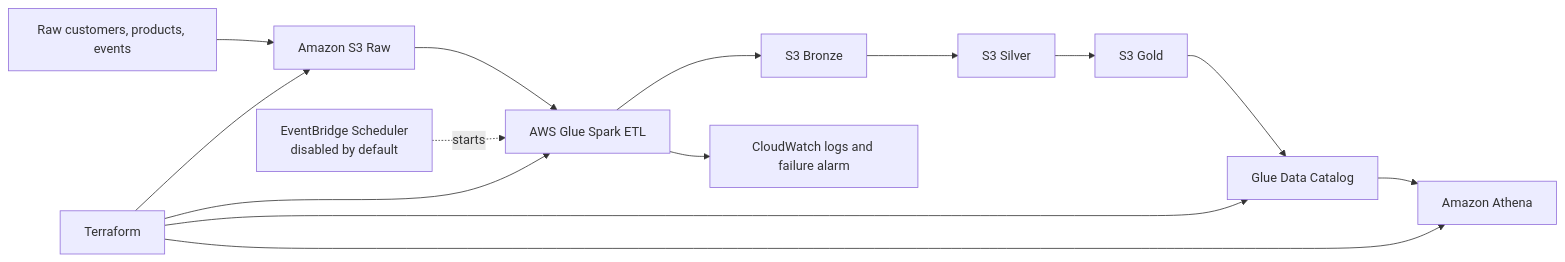
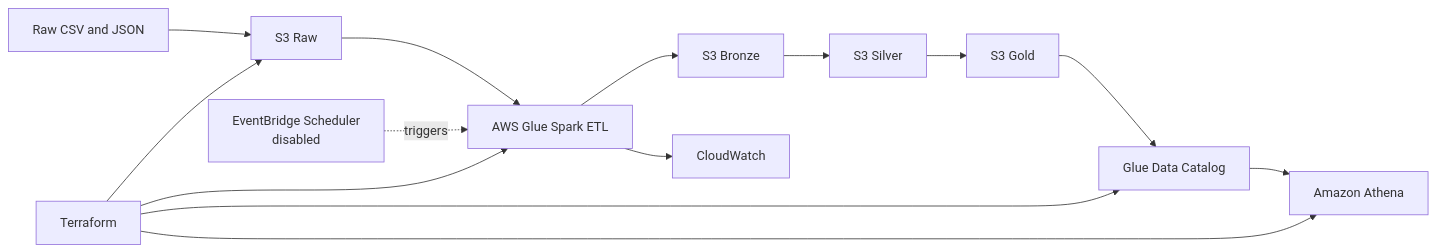
One commit to Fadtamimi/real-time-ecommerce-platform changed the diagram in README.md. Above: the diagram before and after it, drawn with Mermaid. The commit also changed other lines of this file and 9 other files, not shown here.

````diff
--- a/README.md
+++ b/README.md
@@ -20,16 +11,16 @@
 ```mermaid
 flowchart LR
-    A[Raw customers, products, events] --> B[Amazon S3 Raw]
+    A[Raw CSV and JSON] --> B[S3 Raw]
     B --> C[AWS Glue Spark ETL]
     C --> D[S3 Bronze]
     D --> E[S3 Silver]
     E --> F[S3 Gold]
     F --> G[Glue Data Catalog]
     G --> H[Amazon Athena]
-    I[EventBridge Scheduler<br/>disabled by default] -. starts .-> C
-    C --> J[CloudWatch logs and failure alarm]
+    I[EventBridge Scheduler<br/>disabled] -. triggers .-> C
+    C --> J[CloudWatch]
     K[Terraform] --> B
     K --> C
     K --> G
     K --> H
 ```
````
